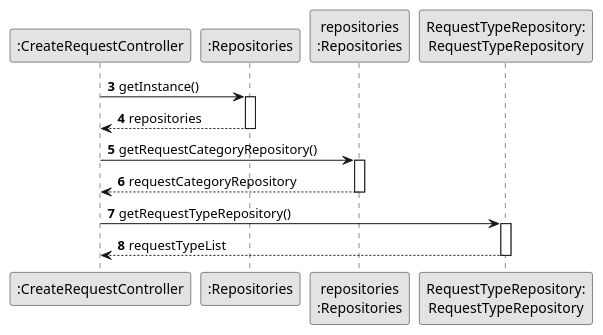
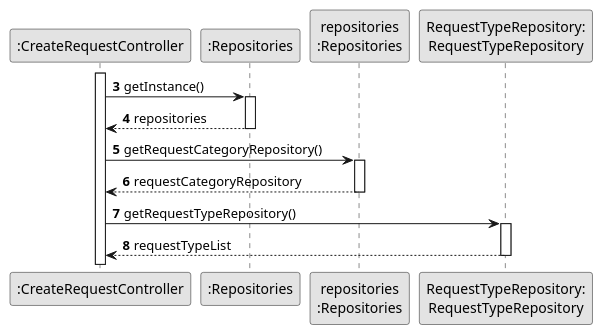
The diagram in docs/Sprint-B/US004/03.design/puml/us004-sequence-diagram-partial-requestTypeList.puml (Rodrick0209/ISEP-LAPR2-22-23), drawn with PlantUML before and after one commit. The commit also changed 12 other files, not shown here.

```diff
--- a/docs/Sprint-B/US004/03.design/puml/us004-sequence-diagram-partial-requestTypeList.puml
+++ b/docs/Sprint-B/US004/03.design/puml/us004-sequence-diagram-partial-requestTypeList.puml
@@ -1,32 +1,33 @@
 @startuml
 skinparam monochrome true
 skinparam packageStyle rectangle
 skinparam shadowing false
 
 
 participant ":CreateRequestController" as CTRL
 participant ":Repositories" as Rep
 participant "repositories\n:Repositories" as PLAT
 participant "RequestTypeRepository:\nRequestTypeRepository" as TaskCategoryRepository
 
 autonumber 3
+activate CTRL
 CTRL -> Rep : getInstance()
                 activate Rep
 
                     Rep --> CTRL: repositories
                 deactivate Rep
 
                 CTRL -> PLAT : getRequestCategoryRepository()
                 activate PLAT
 
                     PLAT --> CTRL: requestCategoryRepository
                 deactivate PLAT
 
                 CTRL -> TaskCategoryRepository : getRequestTypeRepository()
                 activate TaskCategoryRepository
 
                     TaskCategoryRepository --> CTRL : requestTypeList
                 deactivate TaskCategoryRepository
 
 
 @enduml
```
